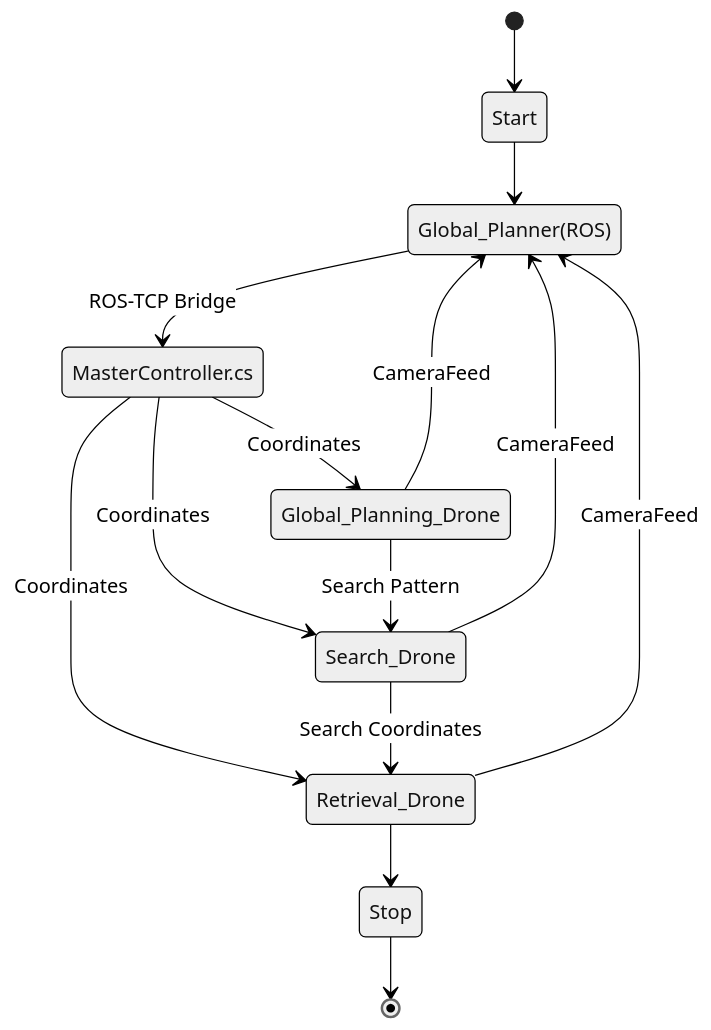
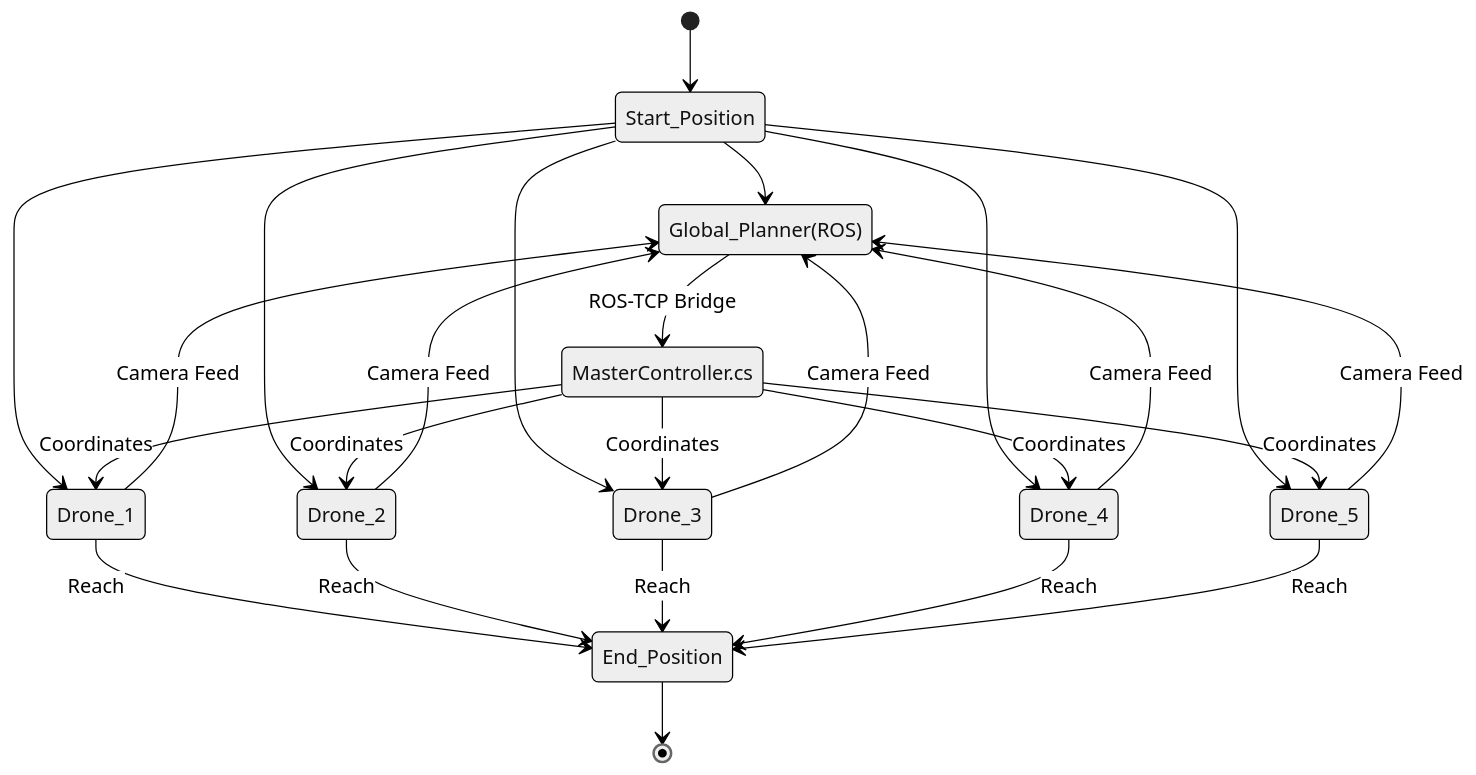
One commit to parth-20-07/Trajectory-Planning-for-UAV-Swarm changed the diagram in README.md. Above: the diagram before and after it, drawn with Mermaid (neutral theme). The commit also changed other lines of this file and 1 other file, not shown here.

Commit message:
Update Code Flow

````diff
--- a/README.md
+++ b/README.md
@@ -34,16 +34,27 @@
 ```mermaid
 stateDiagram
-[*] --> Start
-Start --> Global_Planner(ROS)
+[*] --> Start_Position
+Start_Position --> Global_Planner(ROS)
+Start_Position --> Drone_1
+Start_Position --> Drone_2
+Start_Position --> Drone_3
+Start_Position --> Drone_4
+Start_Position --> Drone_5
 Global_Planner(ROS) --> MasterController.cs: ROS-TCP Bridge
-MasterController.cs --> Global_Planning_Drone: Coordinates
-MasterController.cs --> Search_Drone: Coordinates
-MasterController.cs --> Retrieval_Drone: Coordinates
-Global_Planning_Drone --> Global_Planner(ROS): CameraFeed
-Search_Drone --> Global_Planner(ROS): CameraFeed
-Retrieval_Drone --> Global_Planner(ROS): CameraFeed
-Global_Planning_Drone --> Search_Drone: Search Pattern
-Search_Drone --> Retrieval_Drone: Search Coordinates
-Retrieval_Drone --> Stop
-Stop --> [*]
+MasterController.cs --> Drone_1: Coordinates
+MasterController.cs --> Drone_2: Coordinates
+MasterController.cs --> Drone_3: Coordinates
+MasterController.cs --> Drone_4: Coordinates
+MasterController.cs --> Drone_5: Coordinates
+Drone_1 --> Global_Planner(ROS): Camera Feed
+Drone_2 --> Global_Planner(ROS): Camera Feed
+Drone_3 --> Global_Planner(ROS): Camera Feed
+Drone_4 --> Global_Planner(ROS): Camera Feed
+Drone_5 --> Global_Planner(ROS): Camera Feed
+Drone_1 --> End_Position: Reach
+Drone_2 --> End_Position: Reach
+Drone_3 --> End_Position: Reach
+Drone_4 --> End_Position: Reach
+Drone_5 --> End_Position: Reach
+End_Position --> [*]
 ```
````
